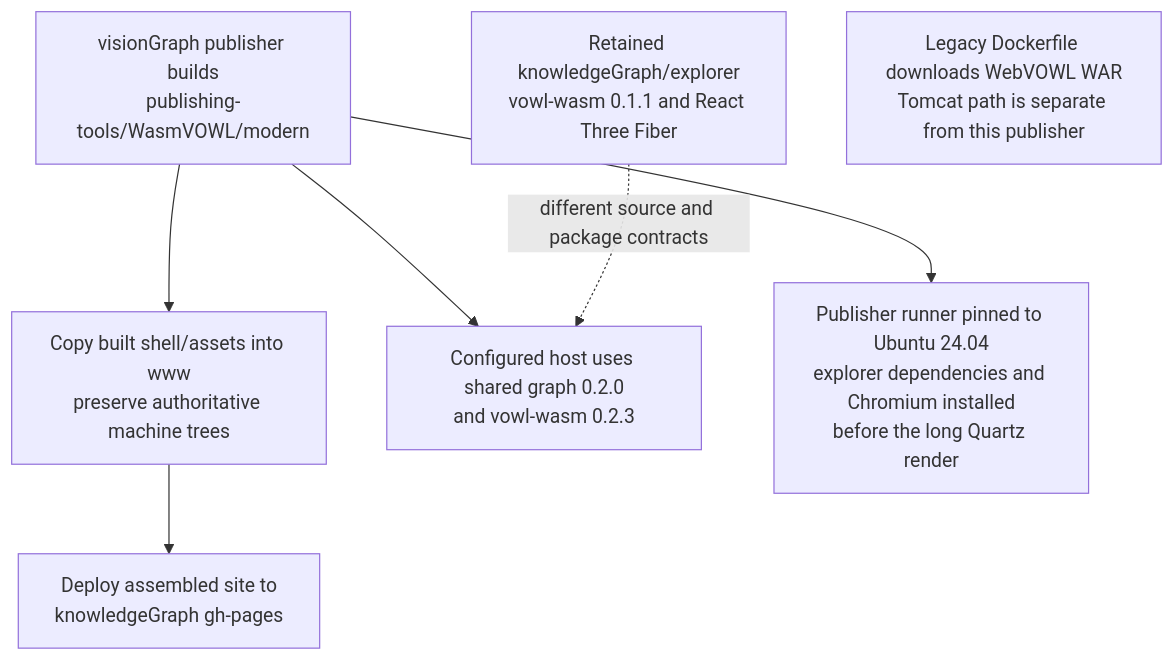
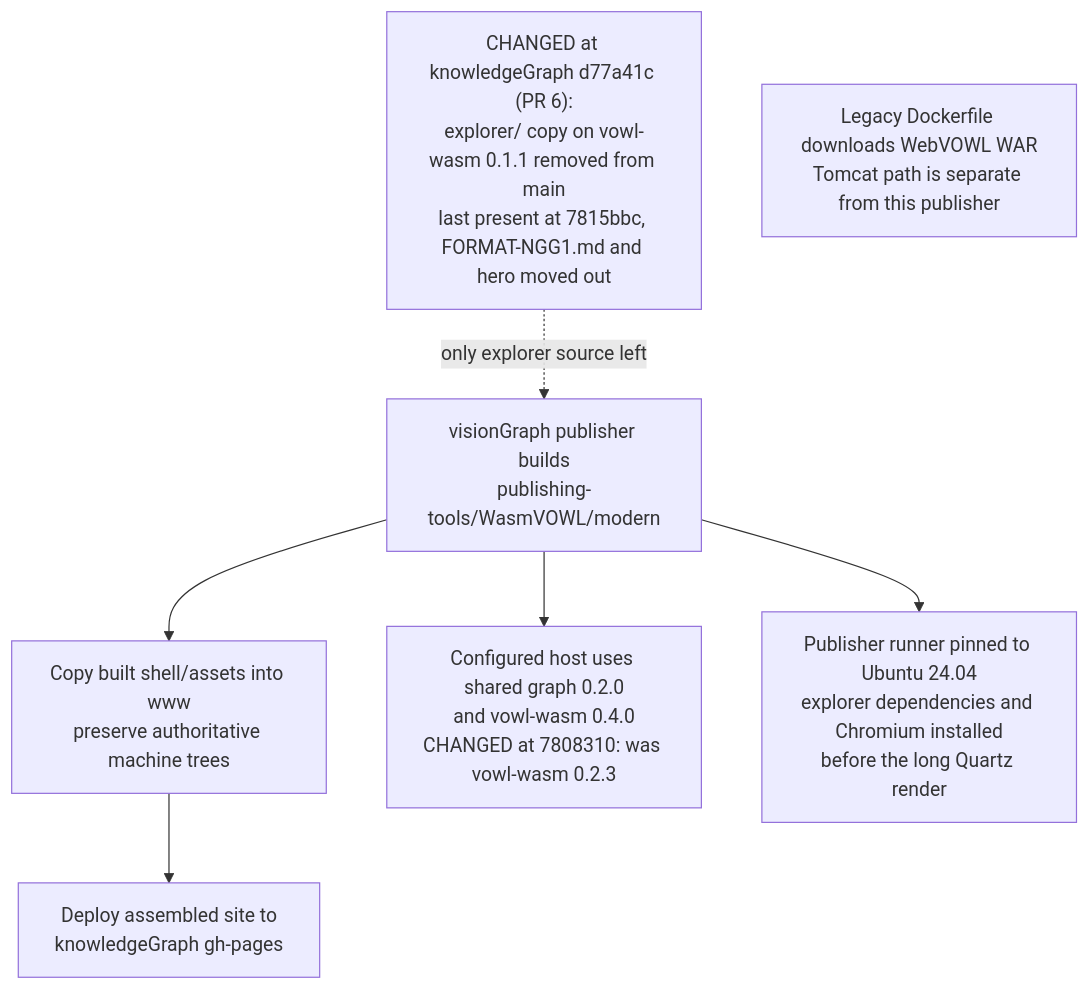
One commit to DreamLab-AI/VisionFlow changed the first of 7 diagrams in docs/diagrams/visiongraph/06-shipping-explorer-duplication.md. Above: the diagram before and after it, drawn with Mermaid. The commit also changed other lines of this file and 11 other files, not shown here.

First line of the commit message:
docs(diagrams): visiongraph and knowledgegraph re-verified (explorer on vowl-wasm 0.4.0, knowledgeGraph explorer retired)

````diff
--- a/docs/diagrams/visiongraph/06-shipping-explorer-duplication.md
+++ b/docs/diagrams/visiongraph/06-shipping-explorer-duplication.md
@@ -42,21 +44,22 @@
 ```mermaid
 flowchart TB
     %% Source: ../visionGraph/.github/workflows/publish.yml:441
     A["visionGraph publisher builds<br/>publishing-tools/WasmVOWL/modern"]
     %% Source: ../visionGraph/.github/workflows/publish.yml:460
     A --> B["Copy built shell/assets into www<br/>preserve authoritative machine trees"]
     %% Source: ../visionGraph/.github/workflows/publish.yml:544
     B --> C["Deploy assembled site to<br/>knowledgeGraph gh-pages"]
-    %% Source: ../knowledgeGraph/explorer/modern/package.json:20
-    D["Retained knowledgeGraph/explorer<br/>vowl-wasm 0.1.1 and React Three Fiber"]
-    %% Source: ../visionGraph/publishing-tools/WasmVOWL/modern/package.json:24
-    A --> E["Configured host uses shared graph 0.2.0<br/>and vowl-wasm 0.2.3"]
-    D -.->|"different source and package contracts"| E
+    %% Source: ../knowledgeGraph/README.md:95
+    %% Source: ../knowledgeGraph/LICENSING.md:28-29
+    D["CHANGED at knowledgeGraph d77a41c (PR 6):<br/>explorer/ copy on vowl-wasm 0.1.1 removed from main<br/>last present at 7815bbc, FORMAT-NGG1.md and hero moved out"]
+    %% Source: ../visionGraph/publishing-tools/WasmVOWL/modern/package.json:24-25
+    A --> E["Configured host uses shared graph 0.2.0<br/>and vowl-wasm 0.4.0<br/>CHANGED at 7808310: was vowl-wasm 0.2.3"]
+    D -.->|"only explorer source left"| A
     %% Source: ../visionGraph/publishing-tools/WasmVOWL/Dockerfile:6
     %% Source: ../visionGraph/publishing-tools/WasmVOWL/Dockerfile:13
     F["Legacy Dockerfile downloads WebVOWL WAR<br/>Tomcat path is separate from this publisher"]
     %% Source: ../visionGraph/.github/workflows/publish.yml:57
     %% Source: ../visionGraph/.github/workflows/publish.yml:335
     H["Publisher runner pinned to Ubuntu 24.04<br/>explorer dependencies and Chromium installed<br/>before the long Quartz render"]
     A --> H
 ```
````
